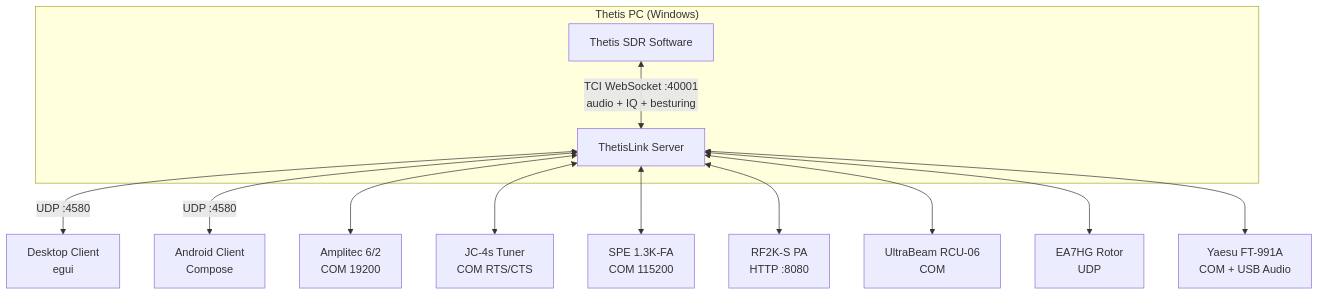
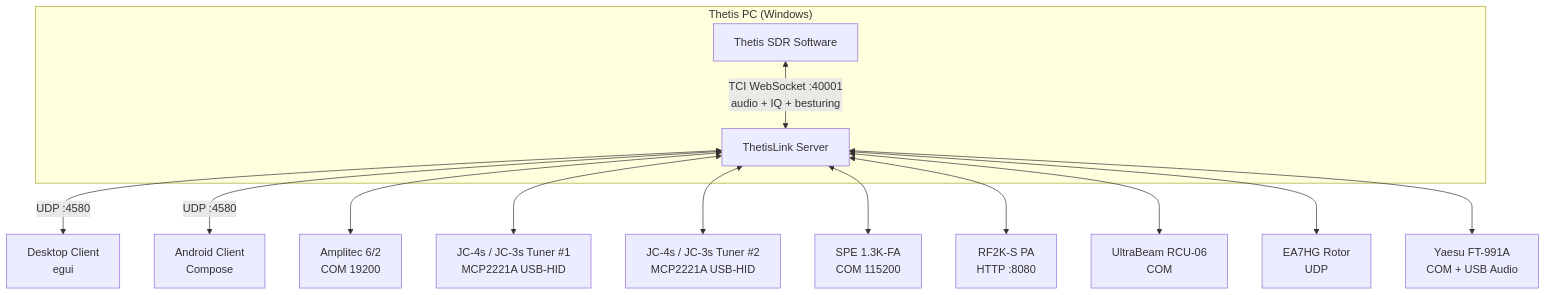
The diagram in User-Manual.md (DH1KLM/ThetisLink), drawn with Mermaid before and after one commit. The commit also changed other lines of this file and 84 other files, not shown here.

````diff
--- a/User-Manual.md
+++ b/User-Manual.md
@@ -76,17 +76,18 @@
 ```mermaid
 flowchart TB
     subgraph "Thetis PC (Windows)"
         Thetis[Thetis SDR Software]
         Server[ThetisLink Server]
         Thetis <-->|"TCI WebSocket :40001<br>audio + IQ + besturing"| Server
     end
     Server <-->|"UDP :4580"| Desktop[Desktop Client<br>egui]
     Server <-->|"UDP :4580"| Android[Android Client<br>Compose]
     Server <--> Amplitec[Amplitec 6/2<br>COM 19200]
-    Server <--> Tuner[JC-4s Tuner<br>COM RTS/CTS]
+    Server <--> Tuner1[JC-4s / JC-3s Tuner #1<br>MCP2221A USB-HID]
+    Server <--> Tuner2[JC-4s / JC-3s Tuner #2<br>MCP2221A USB-HID]
     Server <--> SPE[SPE 1.3K-FA<br>COM 115200]
     Server <--> RF2K[RF2K-S PA<br>HTTP :8080]
     Server <--> UB[UltraBeam RCU-06<br>COM]
     Server <--> Rotor[EA7HG Rotor<br>UDP]
     Server <--> Yaesu[Yaesu FT-991A<br>COM + USB Audio]
 ```
````
